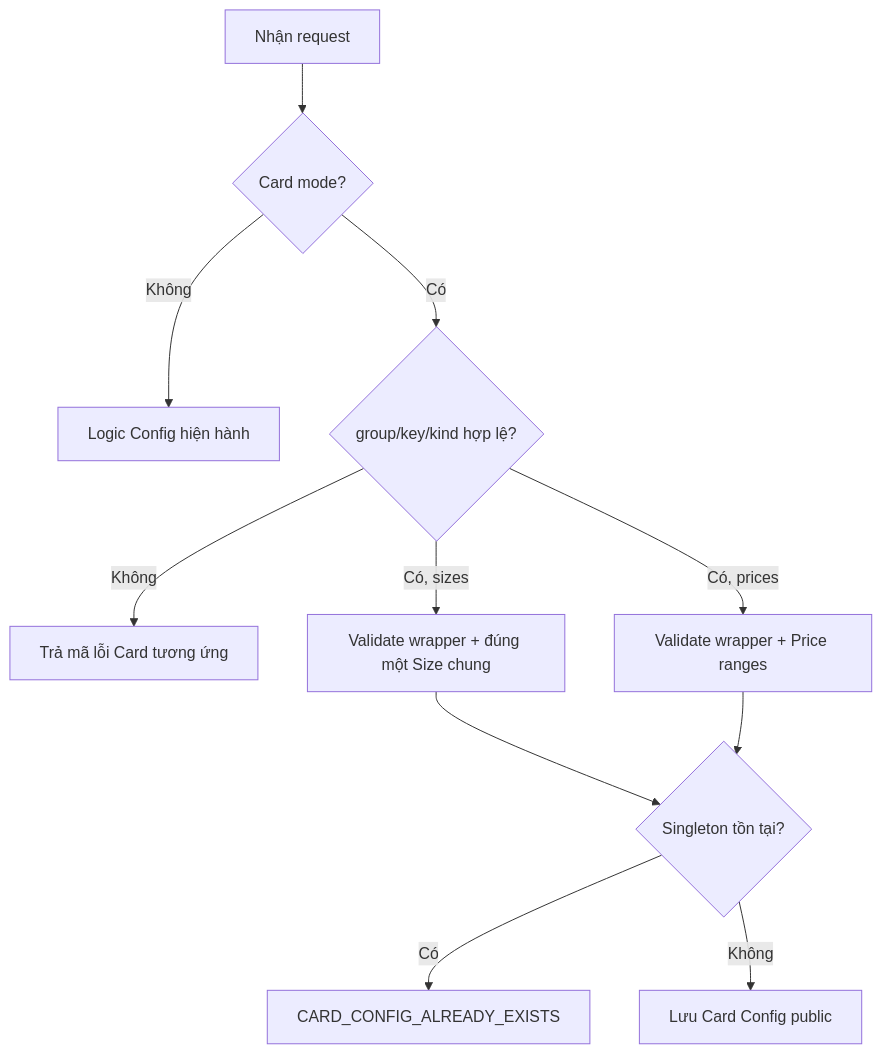
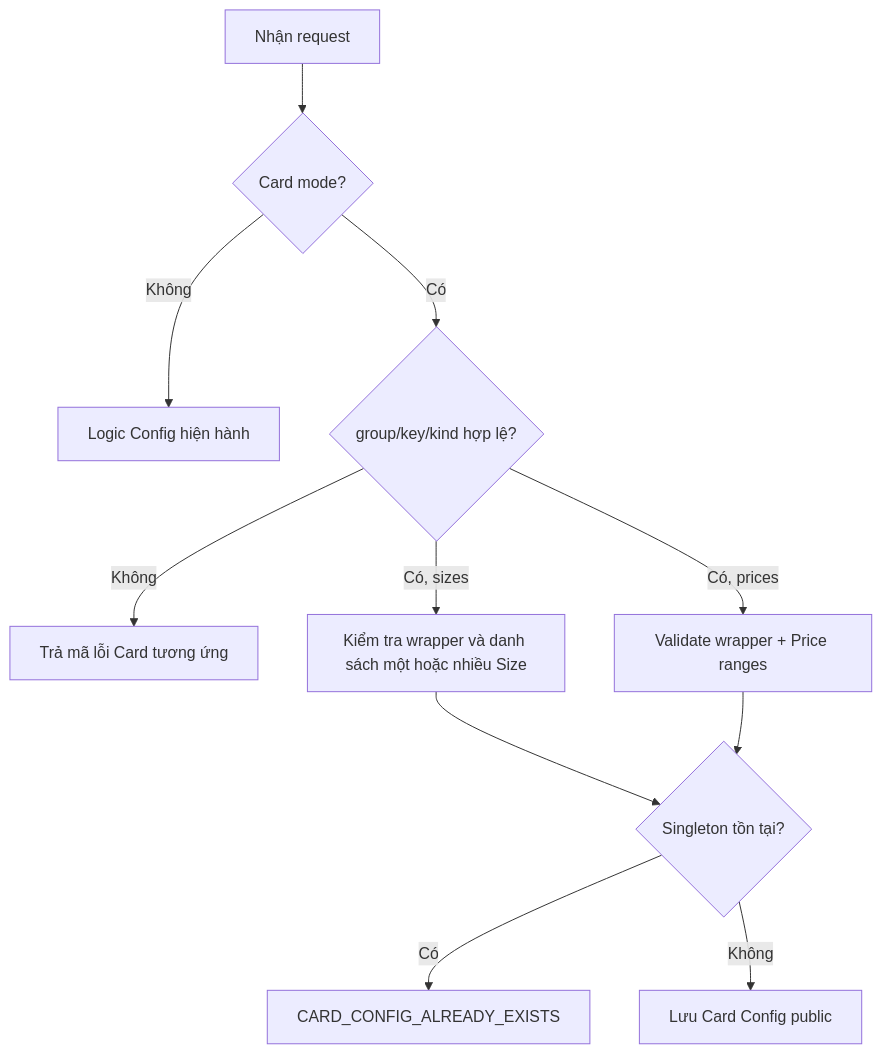
Before and after one commit to TaskCoper/hoatheomua-be: the third of 5 diagrams in HoaTheoMua.Repository/docs/tdd/TDD-009/TDD-009-tao-card-config.md, drawn with Mermaid. The commit also changed other lines of this file and 499 other files, not shown here.

````diff
--- a/HoaTheoMua.Repository/docs/tdd/TDD-009/TDD-009-tao-card-config.md
+++ b/HoaTheoMua.Repository/docs/tdd/TDD-009/TDD-009-tao-card-config.md
@@ -120,13 +120,13 @@
 ```mermaid
 flowchart TD
     A[Nhận request] --> B{Card mode?}
     B -->|Không| C[Logic Config hiện hành]
     B -->|Có| D{group/key/kind hợp lệ?}
     D -->|Không| E[Trả mã lỗi Card tương ứng]
-    D -->|Có, sizes| F[Validate wrapper + đúng một Size chung]
+    D -->|Có, sizes| F[Kiểm tra wrapper và danh sách một hoặc nhiều Size]
     D -->|Có, prices| G[Validate wrapper + Price ranges]
     F --> H{Singleton tồn tại?}
     G --> H
     H -->|Có| I[CARD_CONFIG_ALREADY_EXISTS]
     H -->|Không| J[Lưu Card Config public]
 ```
````
